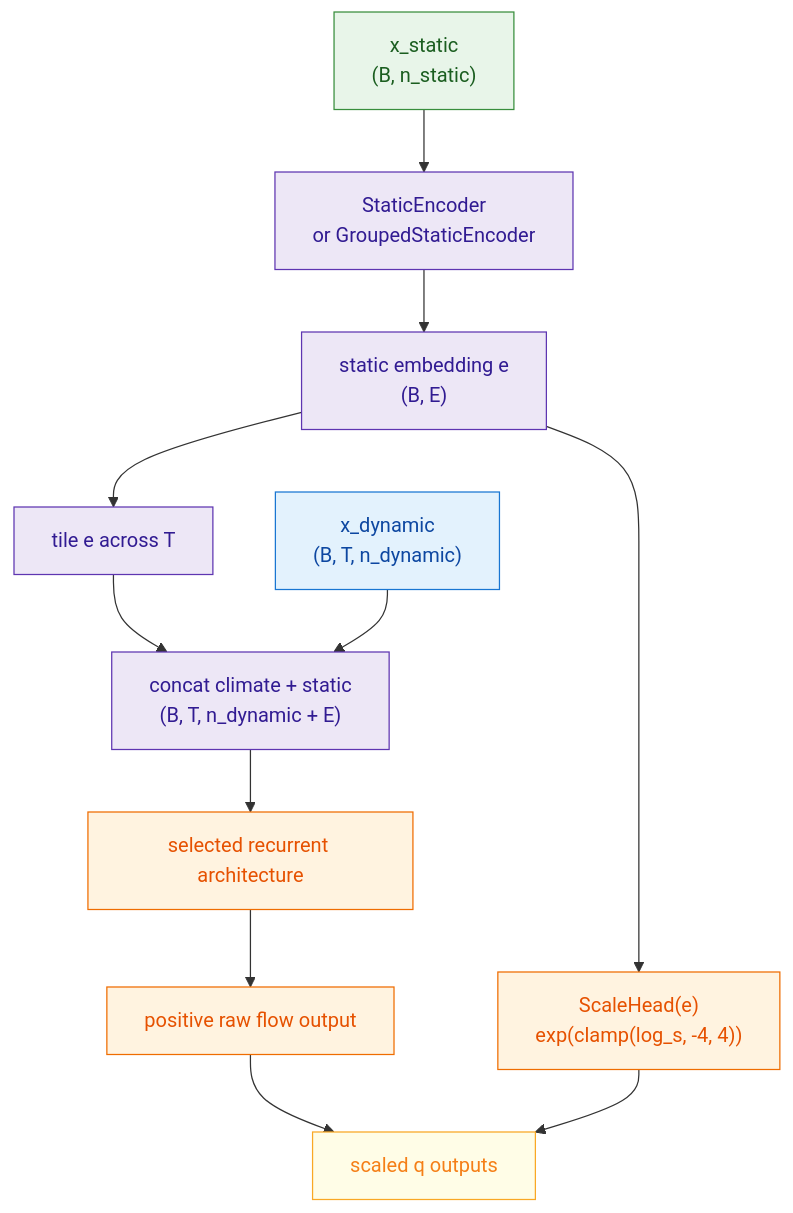
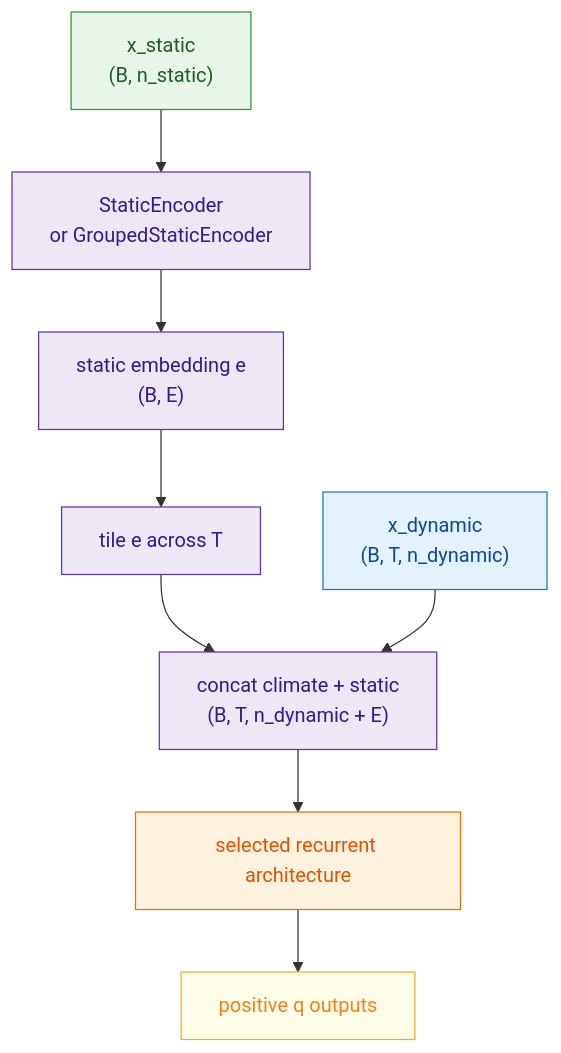
Before and after one commit to wyattarnold/neuralhyd-ca: the second of 6 diagrams in docs/models/lstm.md, drawn with Mermaid. The commit also changed other lines of this file and 7 other files, not shown here.

````diff
--- a/docs/models/lstm.md
+++ b/docs/models/lstm.md
@@ -111,27 +106,22 @@
 ```mermaid
 flowchart TD
     Dynamic["x_dynamic<br/>(B, T, n_dynamic)"]:::input
     Static["x_static<br/>(B, n_static)"]:::static
     Encoder["StaticEncoder<br/>or GroupedStaticEncoder"]:::seq
     Emb["static embedding e<br/>(B, E)"]:::seq
     Tile["tile e across T"]:::seq
     Join["concat climate + static<br/>(B, T, n_dynamic + E)"]:::seq
     Model["selected recurrent architecture"]:::head
-    Raw["positive raw flow output"]:::head
-    ScaleHead["ScaleHead(e)<br/>exp(clamp(log_s, -4, 4))"]:::head
-    Scaled["scaled q outputs"]:::output
+    Out["positive q outputs"]:::output
 
     Static --> Encoder --> Emb
     Emb --> Tile --> Join
     Dynamic --> Join
-    Join --> Model --> Raw
-    Emb --> ScaleHead
-    Raw --> Scaled
-    ScaleHead --> Scaled
+    Join --> Model --> Out
 
     classDef input fill:#e3f2fd,stroke:#1976d2,color:#0d47a1
     classDef static fill:#e8f5e9,stroke:#388e3c,color:#1b5e20
     classDef seq fill:#ede7f6,stroke:#5e35b1,color:#311b92
     classDef head fill:#fff3e0,stroke:#ef6c00,color:#e65100
     classDef output fill:#fffde7,stroke:#f9a825,color:#f57f17
 ```
````
